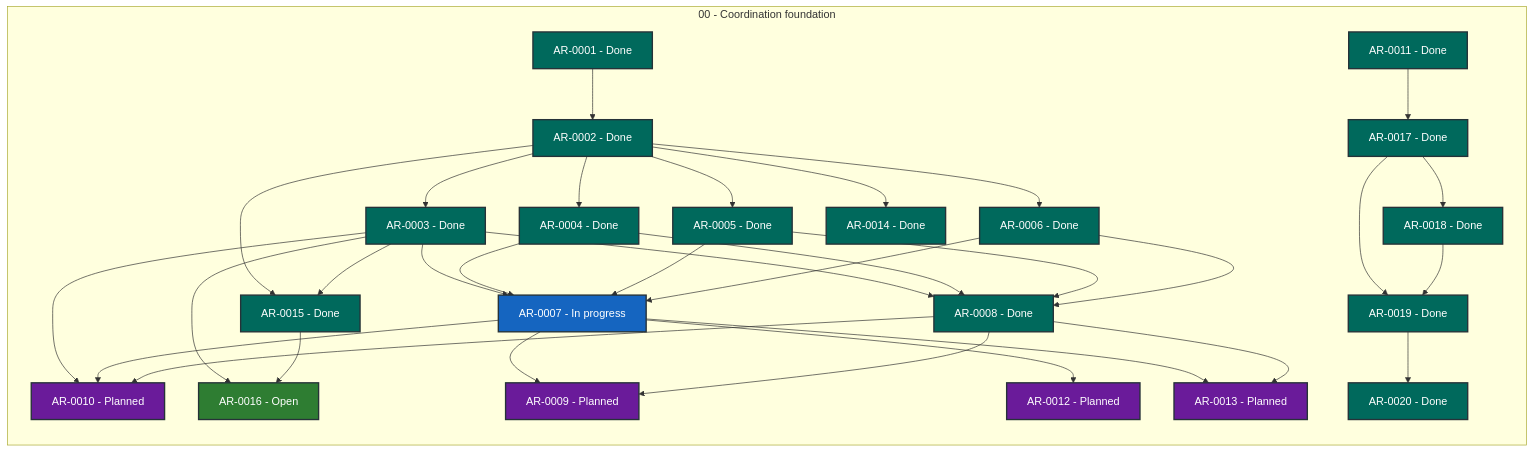
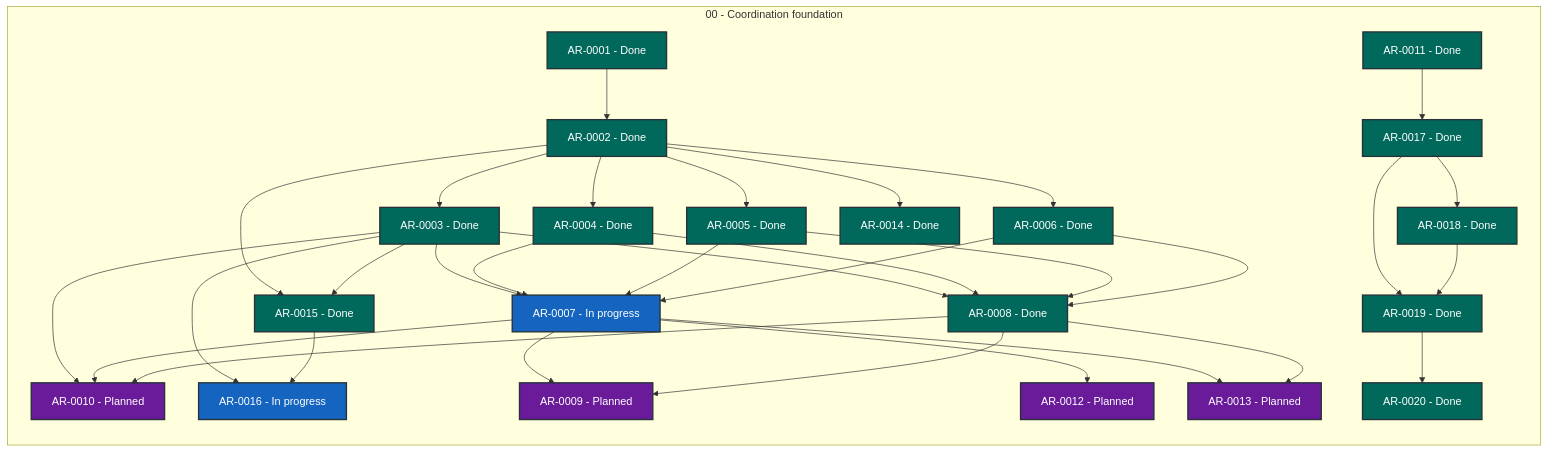
One commit to martin-beck/agent-workflow-coordinator-state changed the diagram in STATUS.md. Above: the diagram before and after it, drawn with Mermaid. The commit also changed other lines of this file and 2 other files, not shown here.

````diff
--- a/STATUS.md
+++ b/STATUS.md
@@ -27,65 +27,65 @@
 ```mermaid
 flowchart LR
     subgraph series_00["00 - Coordination foundation"]
         direction TB
         AR_0001["AR-0001 - Done"]:::status_done
         AR_0002["AR-0002 - Done"]:::status_done
         AR_0003["AR-0003 - Done"]:::status_done
         AR_0004["AR-0004 - Done"]:::status_done
         AR_0005["AR-0005 - Done"]:::status_done
         AR_0006["AR-0006 - Done"]:::status_done
         AR_0007["AR-0007 - In progress"]:::status_in_progress
         AR_0008["AR-0008 - Done"]:::status_done
         AR_0009["AR-0009 - Planned"]:::status_planned
         AR_0010["AR-0010 - Planned"]:::status_planned
         AR_0011["AR-0011 - Done"]:::status_done
         AR_0012["AR-0012 - Planned"]:::status_planned
         AR_0013["AR-0013 - Planned"]:::status_planned
         AR_0014["AR-0014 - Done"]:::status_done
         AR_0015["AR-0015 - Done"]:::status_done
-        AR_0016["AR-0016 - Open"]:::status_open
+        AR_0016["AR-0016 - In progress"]:::status_in_progress
         AR_0017["AR-0017 - Done"]:::status_done
         AR_0018["AR-0018 - Done"]:::status_done
         AR_0019["AR-0019 - Done"]:::status_done
         AR_0020["AR-0020 - Done"]:::status_done
     end
     AR_0001 --> AR_0002
     AR_0002 --> AR_0003
     AR_0002 --> AR_0004
     AR_0002 --> AR_0005
     AR_0002 --> AR_0006
     AR_0002 --> AR_0014
     AR_0002 --> AR_0015
     AR_0003 --> AR_0007
     AR_0003 --> AR_0008
     AR_0003 --> AR_0010
     AR_0003 --> AR_0015
     AR_0003 --> AR_0016
     AR_0004 --> AR_0007
     AR_0004 --> AR_0008
     AR_0005 --> AR_0007
     AR_0005 --> AR_0008
     AR_0006 --> AR_0007
     AR_0006 --> AR_0008
     AR_0007 --> AR_0009
     AR_0007 --> AR_0010
     AR_0007 --> AR_0012
     AR_0007 --> AR_0013
     AR_0008 --> AR_0009
     AR_0008 --> AR_0010
     AR_0008 --> AR_0013
     AR_0011 --> AR_0017
     AR_0015 --> AR_0016
     AR_0017 --> AR_0018
     AR_0017 --> AR_0019
     AR_0018 --> AR_0019
     AR_0019 --> AR_0020
     classDef status_in_progress fill:#1565c0,color:#ffffff,stroke:#263238,stroke-width:2px
     classDef status_open fill:#2e7d32,color:#ffffff,stroke:#263238,stroke-width:2px
     classDef status_blocked fill:#c62828,color:#ffffff,stroke:#263238,stroke-width:2px
     classDef status_planned fill:#6a1b9a,color:#ffffff,stroke:#263238,stroke-width:2px
     classDef status_future fill:#455a64,color:#ffffff,stroke:#263238,stroke-width:2px
     classDef status_done fill:#00695c,color:#ffffff,stroke:#263238,stroke-width:2px
     classDef status_cancelled fill:#616161,color:#ffffff,stroke:#263238,stroke-width:2px
     classDef status_superseded fill:#5d4037,color:#ffffff,stroke:#263238,stroke-width:2px
 ```
````
